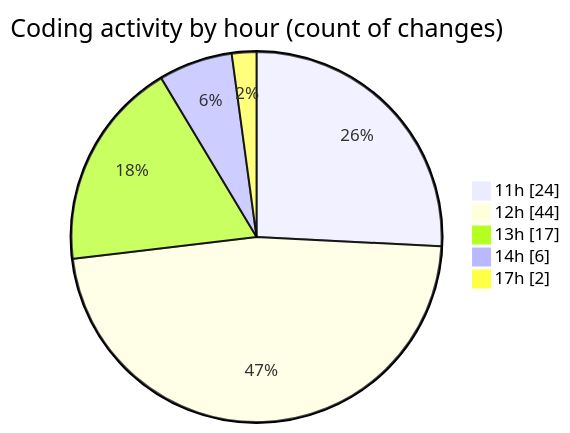
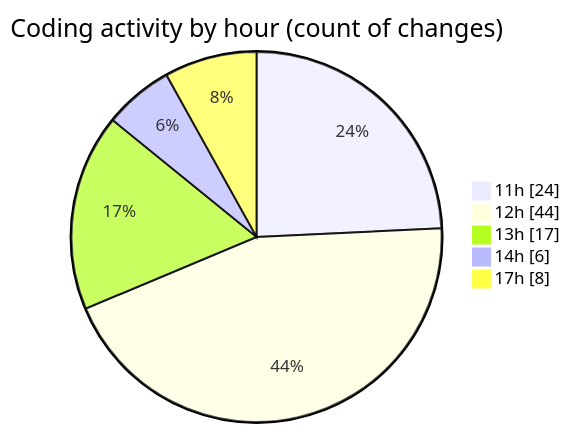
One commit to nxtqubesakshisongat/code-tracking changed the second of 2 diagrams in 2025-05-10/argos-dev/README.md. Above: the diagram before and after it, drawn with Mermaid. The commit also changed other lines of this file and 1 other file, not shown here.

````diff
--- a/2025-05-10/argos-dev/README.md
+++ b/2025-05-10/argos-dev/README.md
@@ -34,9 +36,9 @@
 ```mermaid
 pie showData
 title Coding activity by hour (count of changes)
 "11h" : 24
 "12h" : 44
 "13h" : 17
 "14h" : 6
-"17h" : 2
+"17h" : 8
 ```
````
